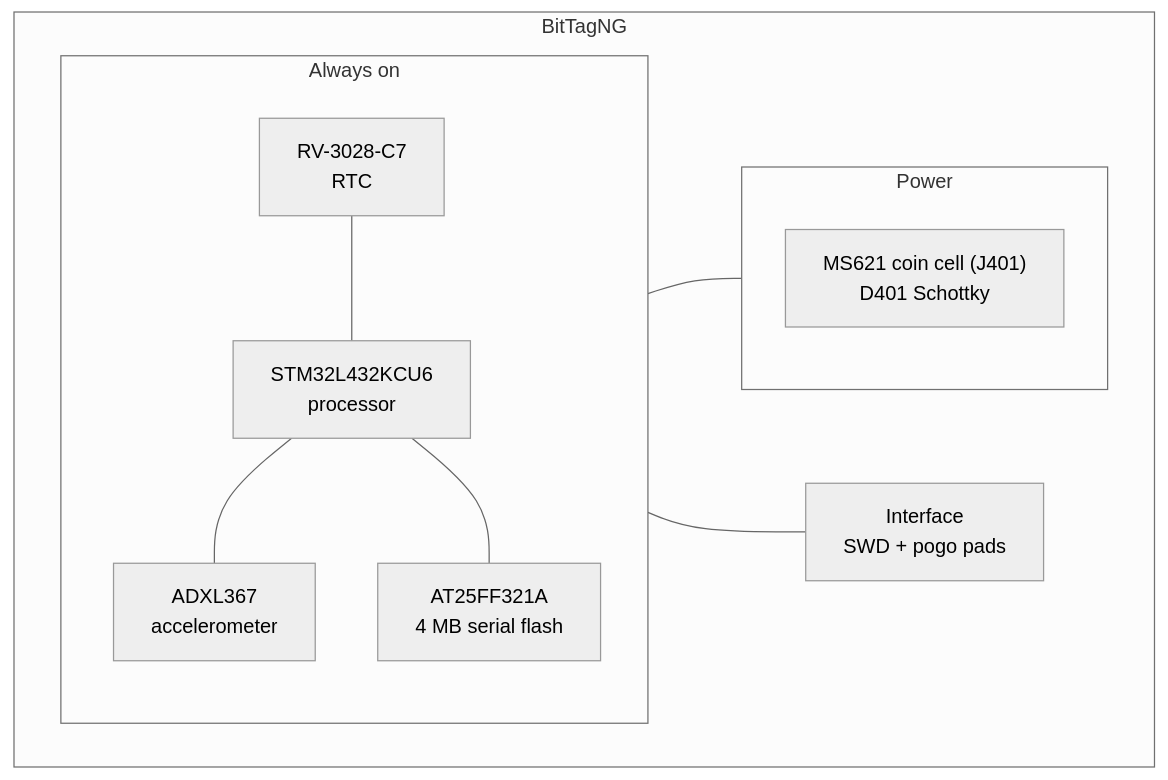
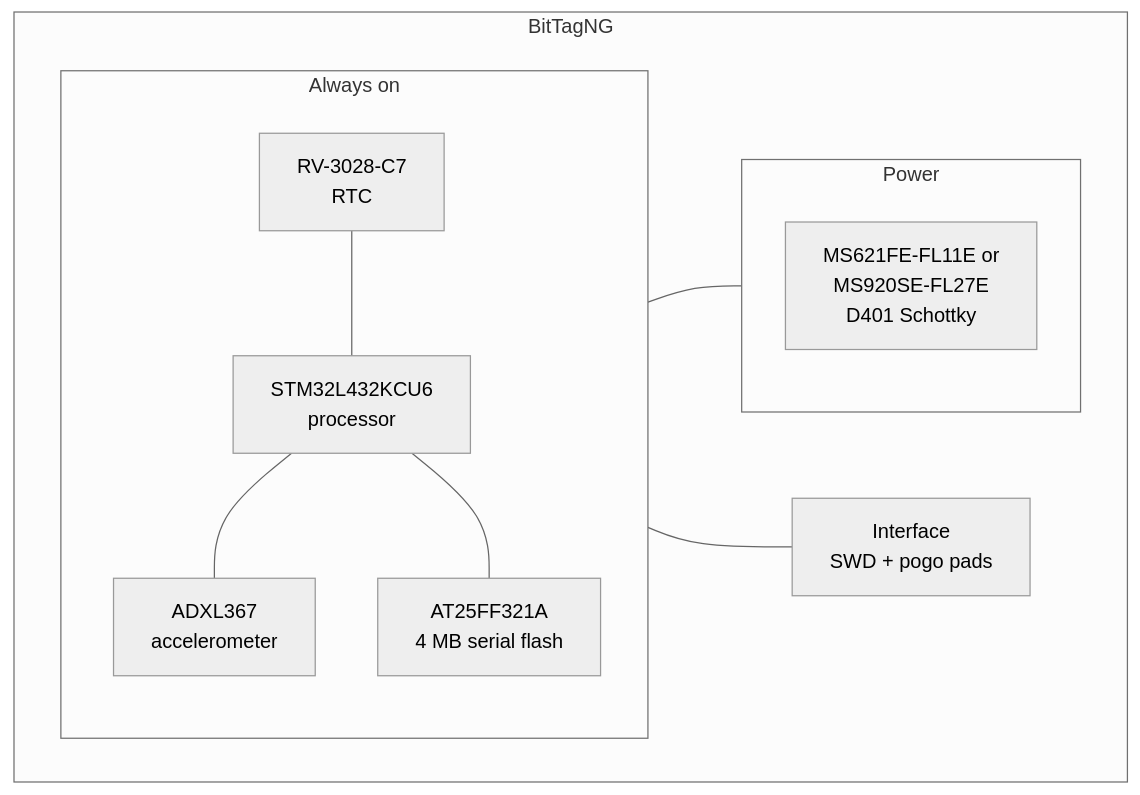
The diagram in docs/src/tags/bittagng.md (tag-designs/hardware), drawn with Mermaid (neutral theme) before and after one commit. The commit also changed other lines of this file and 7 other files, not shown here.

First line of the commit message:
docs: name the cells, fix two diagrams, indent the side index

````diff
--- a/docs/src/tags/bittagng.md
+++ b/docs/src/tags/bittagng.md
@@ -17,22 +17,22 @@
 ```mermaid
 flowchart LR
   subgraph TAG[BitTagNG]
     direction LR
     subgraph ON[Always on]
       direction TB
       RTC["RV-3028-C7<br/>RTC"]
       MCU["STM32L432KCU6<br/>processor"]
       ACC["ADXL367<br/>accelerometer"]
       FLASH["AT25FF321A<br/>4 MB serial flash"]
       RTC --- MCU
       MCU --- ACC
       MCU --- FLASH
     end
     subgraph PWR[Power]
-      BAT["MS621 coin cell (J401)<br/>D401 Schottky"]
+      BAT["MS621FE-FL11E or<br/>MS920SE-FL27E<br/>D401 Schottky"]
     end
     IF["Interface<br/>SWD + pogo pads"]
   end
   ON --- PWR
   ON --- IF
 ```
````
